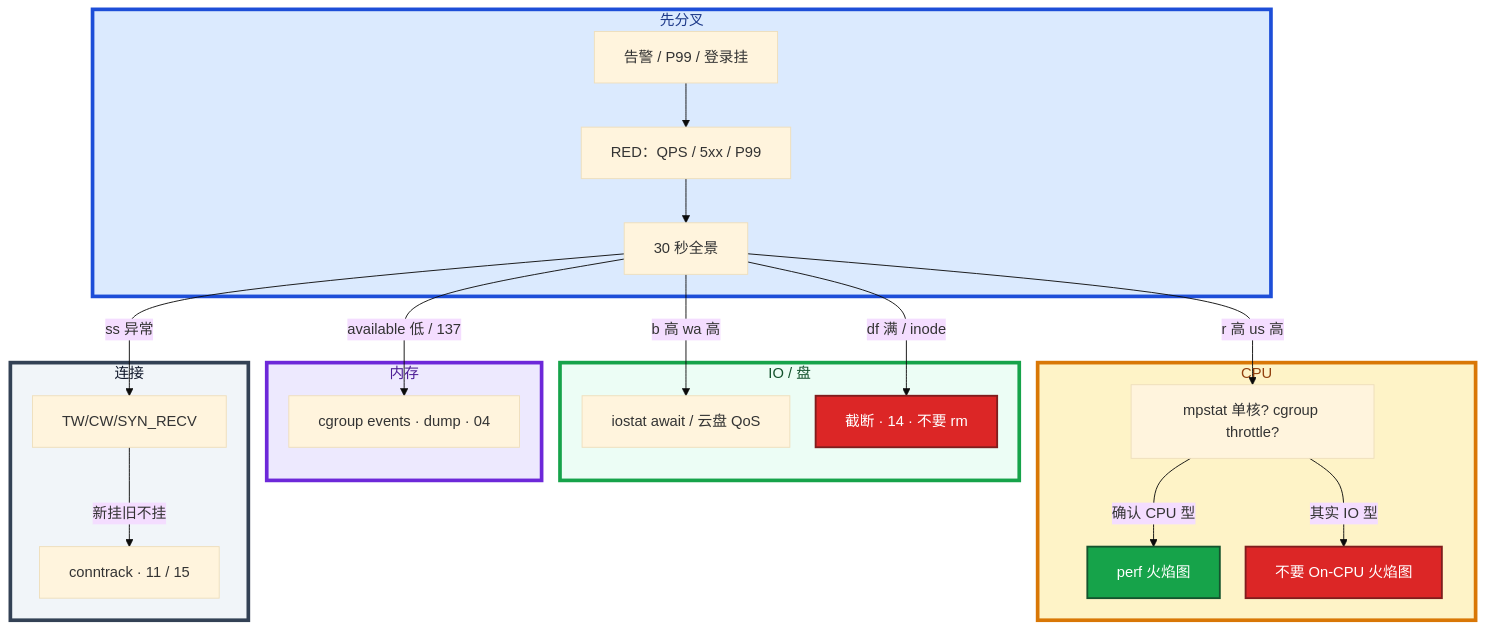
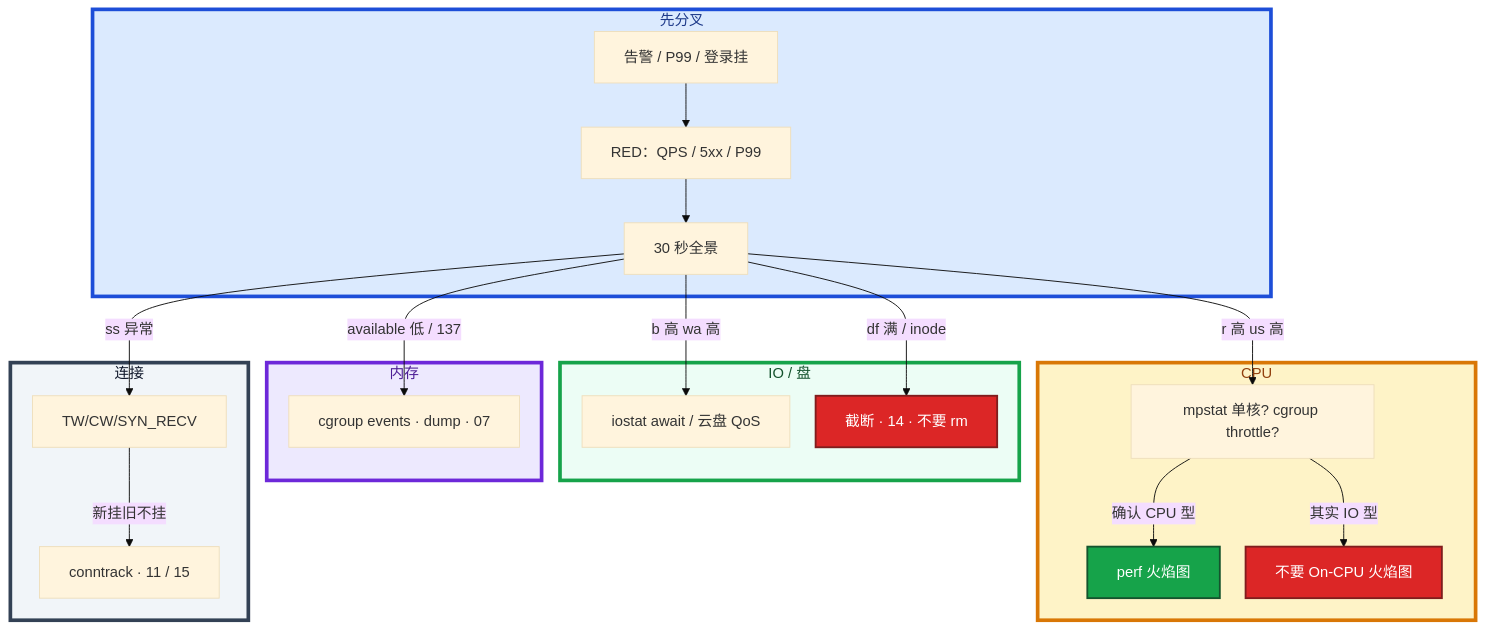
Before and after one commit to ml-cuizijun/LearnToLilith: the fourth of 5 diagrams in 01-基础底座/21-性能观测与排障/知识点.md, drawn with Mermaid. The commit also changed other lines of this file and 56 other files, not shown here.

````diff
--- a/01-基础底座/21-性能观测与排障/知识点.md
+++ b/01-基础底座/21-性能观测与排障/知识点.md
@@ -866,39 +866,39 @@
 ```mermaid
 %%{init: {"flowchart": {"padding": 16, "nodeSpacing": 28, "rankSpacing": 48}, "theme": "base"}}%%
 flowchart TB
     subgraph gate ["先分叉"]
         A[告警 / P99 / 登录挂] --> B[RED：QPS / 5xx / P99]
         B --> C[30 秒全景]
     end
 
     subgraph cpu ["CPU"]
         C -->|r 高 us 高| D[mpstat 单核? cgroup throttle?]
         D -->|确认 CPU 型| E[perf 火焰图]
         D -->|其实 IO 型| F[不要 On-CPU 火焰图]
     end
 
     subgraph io ["IO / 盘"]
         C -->|b 高 wa 高| G[iostat await / 云盘 QoS]
         C -->|df 满 / inode| H[截断 · 14 · 不要 rm]
     end
 
     subgraph mem ["内存"]
-        C -->|available 低 / 137| I[cgroup events · dump · 04]
+        C -->|available 低 / 137| I[cgroup events · dump · 07]
     end
 
     subgraph net ["连接"]
         C -->|ss 异常| J[TW/CW/SYN_RECV]
         J -->|新挂旧不挂| K[conntrack · 11 / 15]
     end
 
     classDef bad fill:#DC2626,stroke:#7F1D1D,stroke-width:2px,color:#fff
     classDef ok fill:#16A34A,stroke:#14532D,stroke-width:2px,color:#fff
     class F,H bad
     class E ok
 
     style gate fill:#DBEAFE,stroke:#1D4ED8,stroke-width:4px,color:#1E3A8A
     style cpu fill:#FEF3C7,stroke:#D97706,stroke-width:4px,color:#92400E
     style io fill:#ECFDF5,stroke:#16A34A,stroke-width:4px,color:#14532D
     style mem fill:#EDE9FE,stroke:#6D28D9,stroke-width:4px,color:#4C1D95
     style net fill:#F1F5F9,stroke:#334155,stroke-width:4px,color:#0F172A
 ```
````
